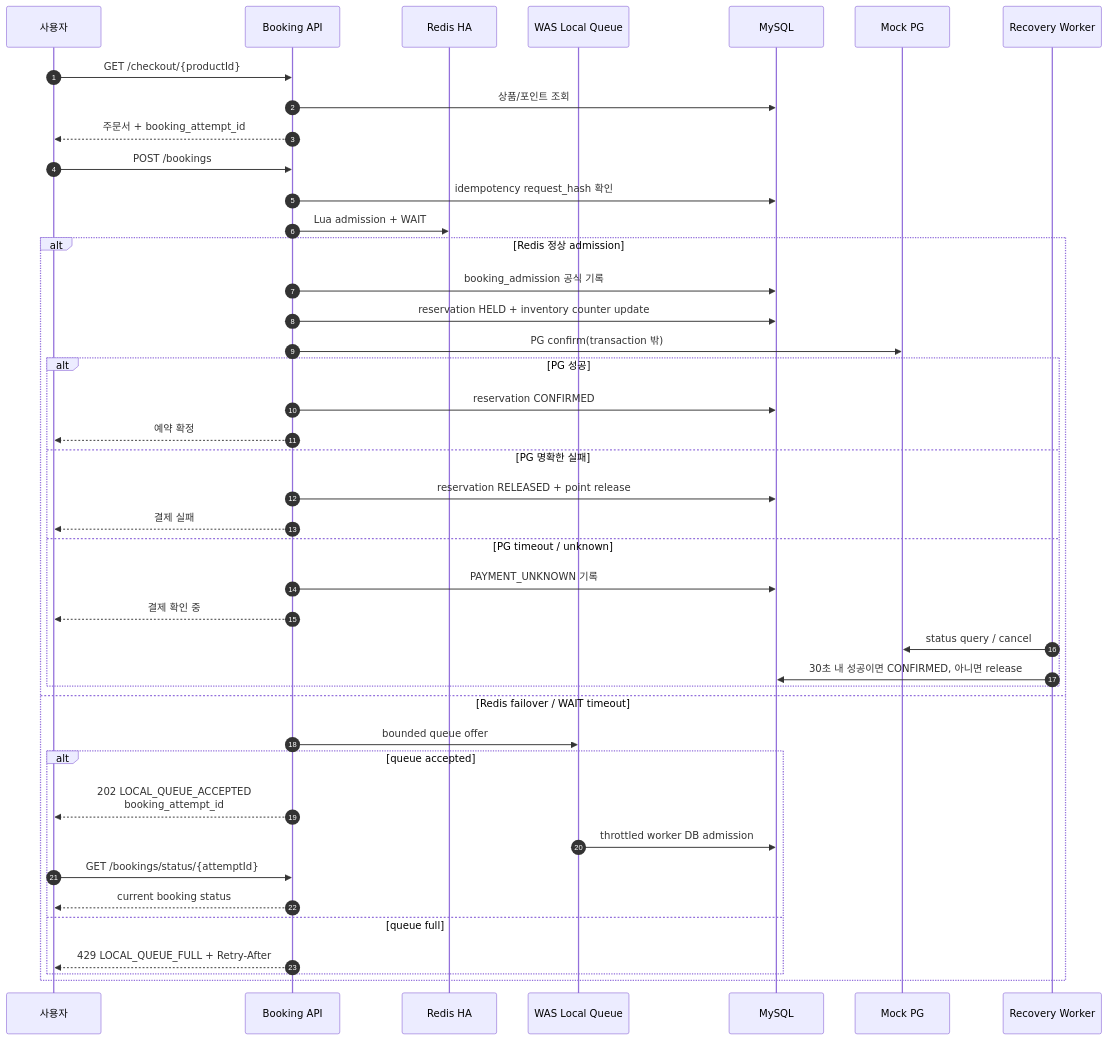
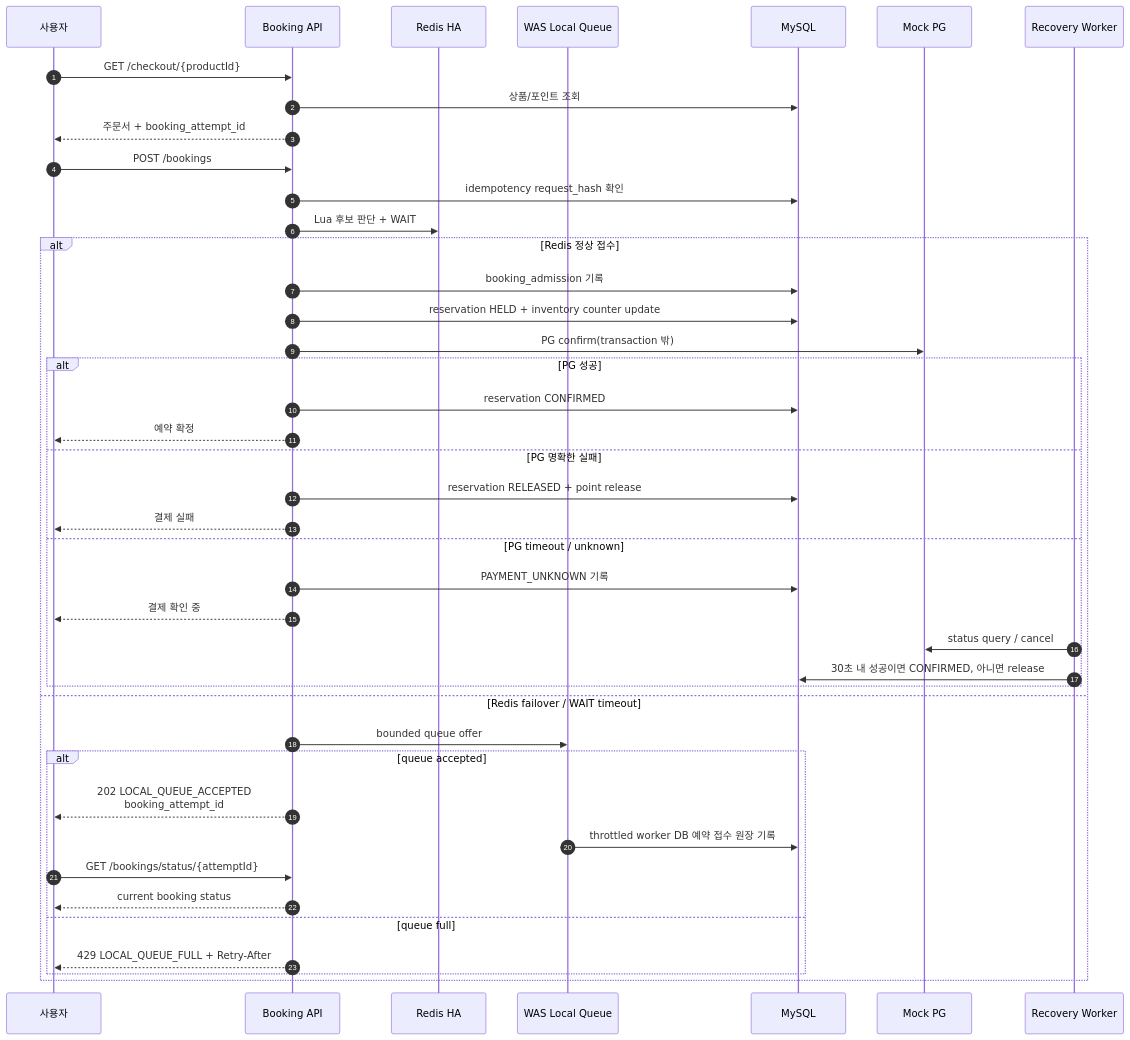
Before and after one commit to lsh1215/peak-booking-system: the second of 3 diagrams in README.md, drawn with Mermaid. The commit also changed other lines of this file and 4 other files, not shown here.

````diff
--- a/README.md
+++ b/README.md
@@ -189,47 +209,47 @@
 ```mermaid
 sequenceDiagram
     autonumber
     participant U as 사용자
     participant A as Booking API
     participant R as Redis HA
     participant Q as WAS Local Queue
     participant D as MySQL
     participant P as Mock PG
     participant W as Recovery Worker
 
     U->>A: GET /checkout/{productId}
     A->>D: 상품/포인트 조회
     A-->>U: 주문서 + booking_attempt_id
 
     U->>A: POST /bookings
     A->>D: idempotency request_hash 확인
-    A->>R: Lua admission + WAIT
+    A->>R: Lua 후보 판단 + WAIT
 
-    alt Redis 정상 admission
-        A->>D: booking_admission 공식 기록
+    alt Redis 정상 접수
+        A->>D: booking_admission 기록
         A->>D: reservation HELD + inventory counter update
         A->>P: PG confirm(transaction 밖)
         alt PG 성공
             A->>D: reservation CONFIRMED
             A-->>U: 예약 확정
         else PG 명확한 실패
             A->>D: reservation RELEASED + point release
             A-->>U: 결제 실패
         else PG timeout / unknown
             A->>D: PAYMENT_UNKNOWN 기록
             A-->>U: 결제 확인 중
             W->>P: status query / cancel
             W->>D: 30초 내 성공이면 CONFIRMED, 아니면 release
         end
     else Redis failover / WAIT timeout
         A->>Q: bounded queue offer
         alt queue accepted
             A-->>U: 202 LOCAL_QUEUE_ACCEPTED<br/>booking_attempt_id
-            Q->>D: throttled worker DB admission
+            Q->>D: throttled worker DB 예약 접수 원장 기록
             U->>A: GET /bookings/status/{attemptId}
             A-->>U: current booking status
         else queue full
             A-->>U: 429 LOCAL_QUEUE_FULL + Retry-After
         end
     end
 ```
````
